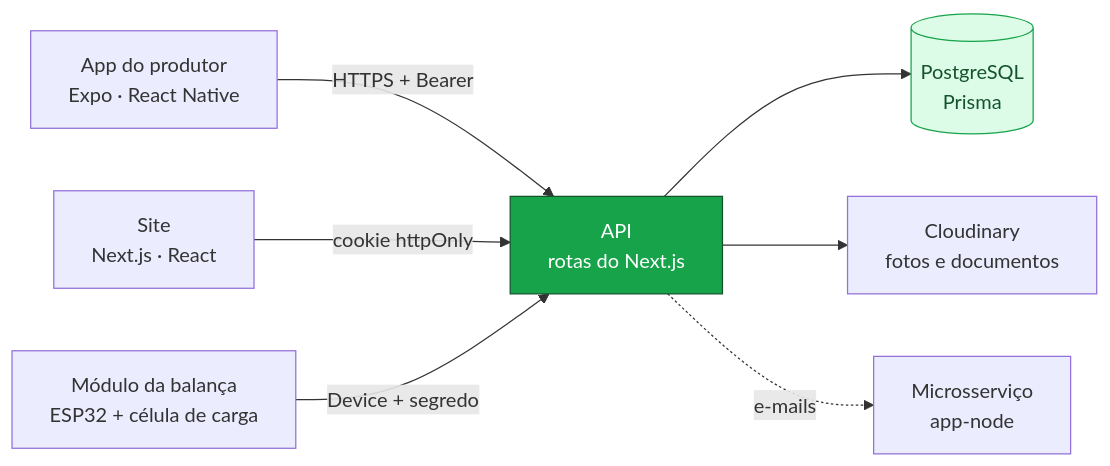
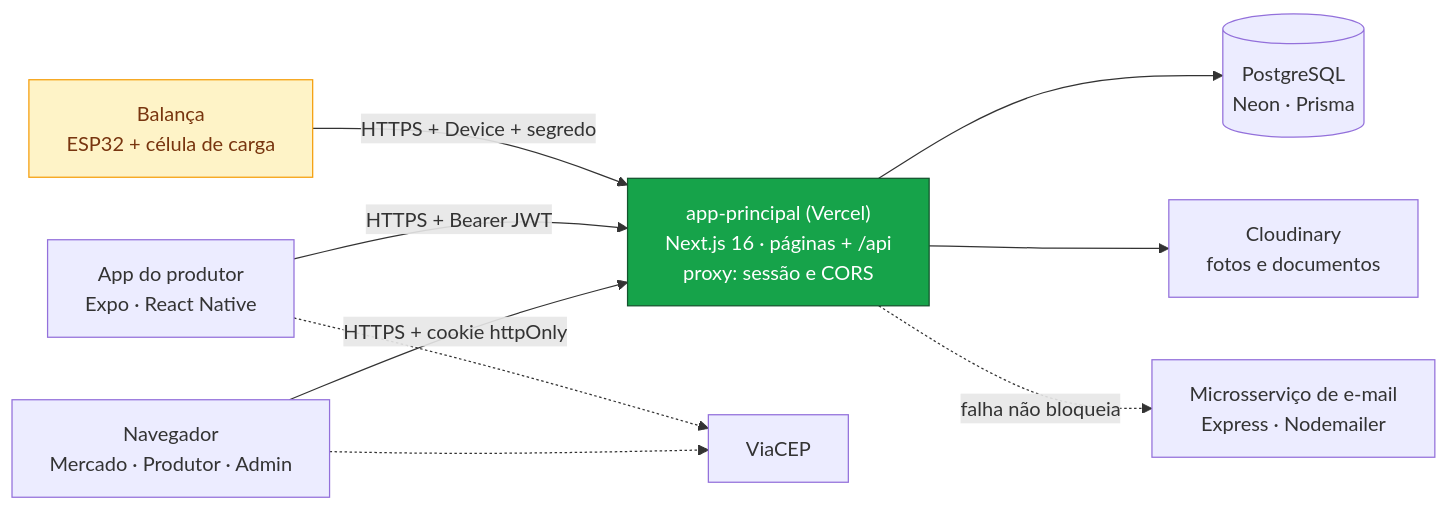
The second of 3 diagrams in README.md (Felipe3388/Raiz_conecta), drawn with Mermaid before and after one commit. The commit also changed other lines of this file and 86 other files, not shown here.

````diff
--- a/README.md
+++ b/README.md
@@ -255,11 +433,13 @@
 ```mermaid
 flowchart LR
-    APP["App do produtor<br/>Expo · React Native"] -->|HTTPS + Bearer| API
-    SITE["Site<br/>Next.js · React"] -->|cookie httpOnly| API
-    ESP["Módulo da balança<br/>ESP32 + célula de carga"] -->|Device + segredo| API
-    API["API<br/>rotas do Next.js"] --> DB[("PostgreSQL<br/>Prisma")]
+    WEB["Navegador<br/>Mercado · Produtor · Admin"] -->|HTTPS + cookie httpOnly| API
+    APP["App do produtor<br/>Expo · React Native"] -->|HTTPS + Bearer JWT| API
+    ESP["Balança<br/>ESP32 + célula de carga"] -->|HTTPS + Device + segredo| API
+    API["app-principal (Vercel)<br/>Next.js 16 · páginas + /api<br/>proxy: sessão e CORS"] --> DB[("PostgreSQL<br/>Neon · Prisma")]
     API --> CLD["Cloudinary<br/>fotos e documentos"]
-    API -. e-mails .-> MS["Microsserviço<br/>app-node"]
+    API -. "falha não bloqueia" .-> MS["Microsserviço de e-mail<br/>Express · Nodemailer"]
+    WEB -.-> CEP["ViaCEP"]
+    APP -.-> CEP
     style API fill:#16a34a,stroke:#14532d,color:#fff
-    style DB fill:#dcfce7,stroke:#16a34a,color:#14532d
+    style ESP fill:#fef3c7,stroke:#f59e0b,color:#78350f
 ```
````
